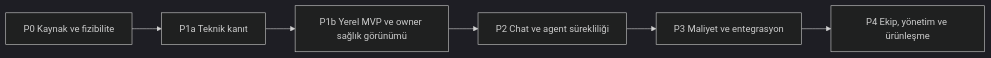
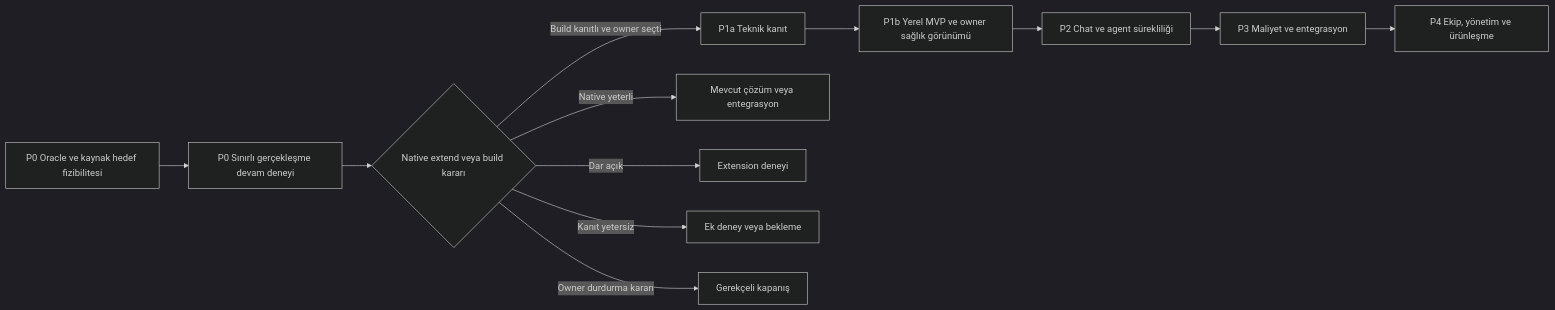
One commit to alphanAkbulut/decivora changed the first of 2 diagrams in ROADMAP.md. Above: the diagram before and after it, drawn with Mermaid (dark theme). The commit also changed other lines of this file and 41 other files, not shown here.

````diff
--- a/ROADMAP.md
+++ b/ROADMAP.md
@@ -5,8 +5,14 @@
 ```mermaid
 flowchart LR
-    P0[P0 Kaynak ve fizibilite] --> P1A[P1a Teknik kanıt]
+    P0[P0 Oracle ve kaynak hedef fizibilitesi] --> E[P0 Sınırlı gerçekleşme devam deneyi]
+    E --> G{Native extend veya build kararı}
+    G -->|Build kanıtlı ve owner seçti| P1A[P1a Teknik kanıt]
+    G -->|Native yeterli| N[Mevcut çözüm veya entegrasyon]
+    G -->|Dar açık| X[Extension deneyi]
+    G -->|Kanıt yetersiz| W[Ek deney veya bekleme]
+    G -->|Owner durdurma kararı| S[Gerekçeli kapanış]
     P1A --> P1B[P1b Yerel MVP ve owner sağlık görünümü]
     P1B --> P2[P2 Chat ve agent sürekliliği]
     P2 --> P3[P3 Maliyet ve entegrasyon]
     P3 --> P4[P4 Ekip, yönetim ve ürünleşme]
 ```
````
